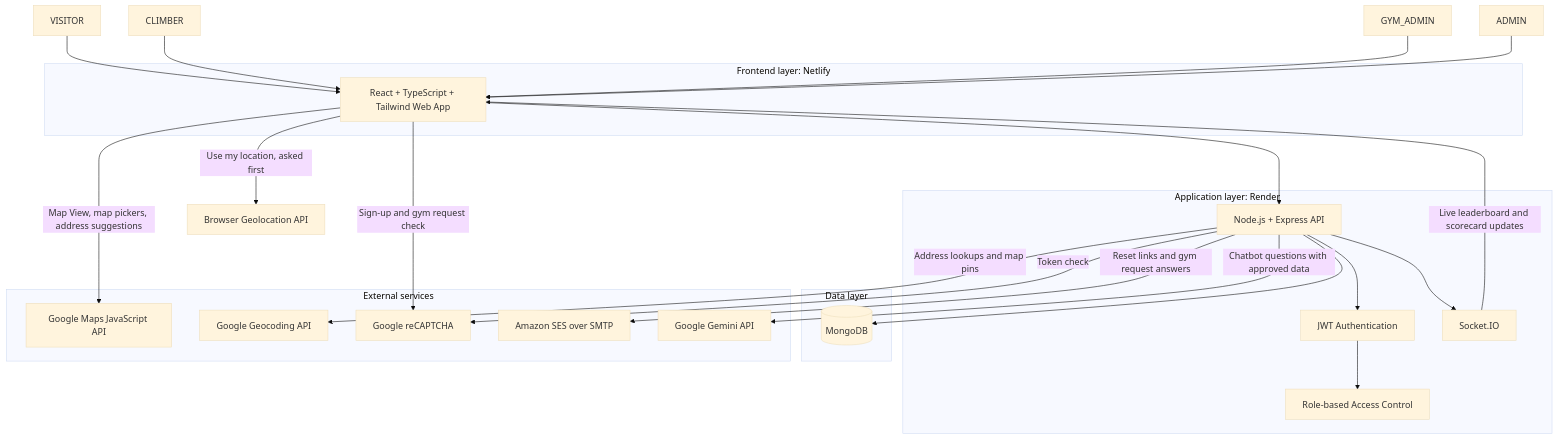
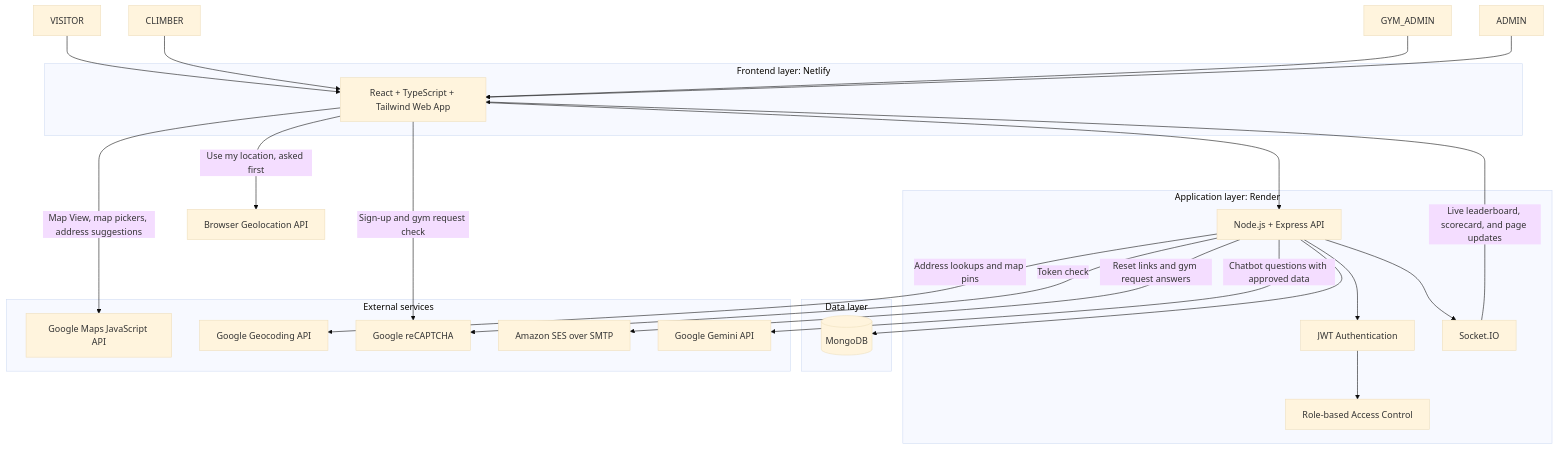
One commit to COMP313-T3/Software-Project-2 changed the first of 2 diagrams in specs/specs.md. Above: the diagram before and after it, drawn with Mermaid (base theme). The commit also changed other lines of this file and 3 other files, not shown here.

Commit message:
docs: specify the live page updates and the pages without a Refresh button (#224)

````diff
--- a/specs/specs.md
+++ b/specs/specs.md
@@ -429,39 +431,39 @@
 ```mermaid
 flowchart TB
     V[VISITOR] --> UI
     C[CLIMBER] --> UI
     GA[GYM_ADMIN] --> UI
     A[ADMIN] --> UI
     subgraph FRONTEND[Frontend layer: Netlify]
         UI[React + TypeScript + Tailwind Web App]
     end
     subgraph APPLICATION[Application layer: Render]
         API[Node.js + Express API]
         AUTH[JWT Authentication]
         RBAC[Role-based Access Control]
         SOCKET[Socket.IO]
     end
     subgraph DATA[Data layer]
         DB[(MongoDB)]
     end
     subgraph EXTERNAL[External services]
         MAPS[Google Maps JavaScript API]
         GEO[Google Geocoding API]
         CAPTCHA[Google reCAPTCHA]
         MAIL[Amazon SES over SMTP]
         AI[Google Gemini API]
     end
     UI --> API
     UI -->|Map View, map pickers, address suggestions| MAPS
     UI -->|Use my location, asked first| LOC[Browser Geolocation API]
     UI -->|Sign-up and gym request check| CAPTCHA
     API --> AUTH
     AUTH --> RBAC
     API --> SOCKET
-    SOCKET -->|Live leaderboard and scorecard updates| UI
+    SOCKET -->|Live leaderboard, scorecard, and page updates| UI
     API --> DB
     API -->|Address lookups and map pins| GEO
     API -->|Token check| CAPTCHA
     API -->|Reset links and gym request answers| MAIL
     API -->|Chatbot questions with approved data| AI
 ```
````
